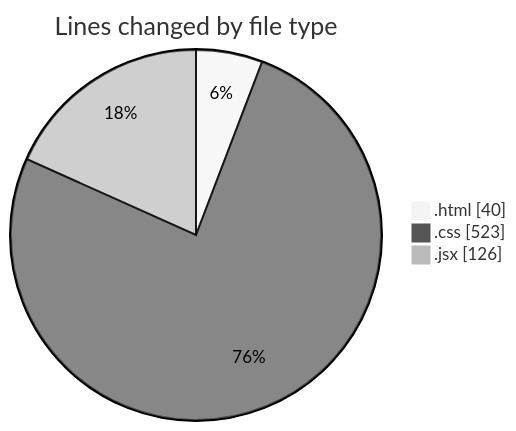
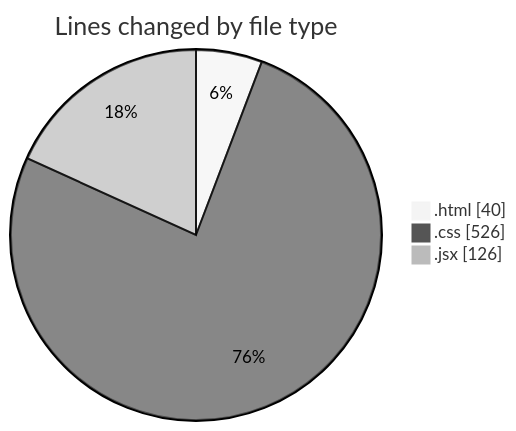
Before and after one commit to Ritupan-Deka/code-tracking: the first of 2 diagrams in 2025-05-26/projects/README.md, drawn with Mermaid (neutral theme). The commit also changed other lines of this file and 1 other file, not shown here.

````diff
--- a/2025-05-26/projects/README.md
+++ b/2025-05-26/projects/README.md
@@ -23,7 +23,7 @@
 ```mermaid
 pie showData
 title Lines changed by file type
 ".html" : 40
-".css" : 523
+".css" : 526
 ".jsx" : 126
 ```
````
